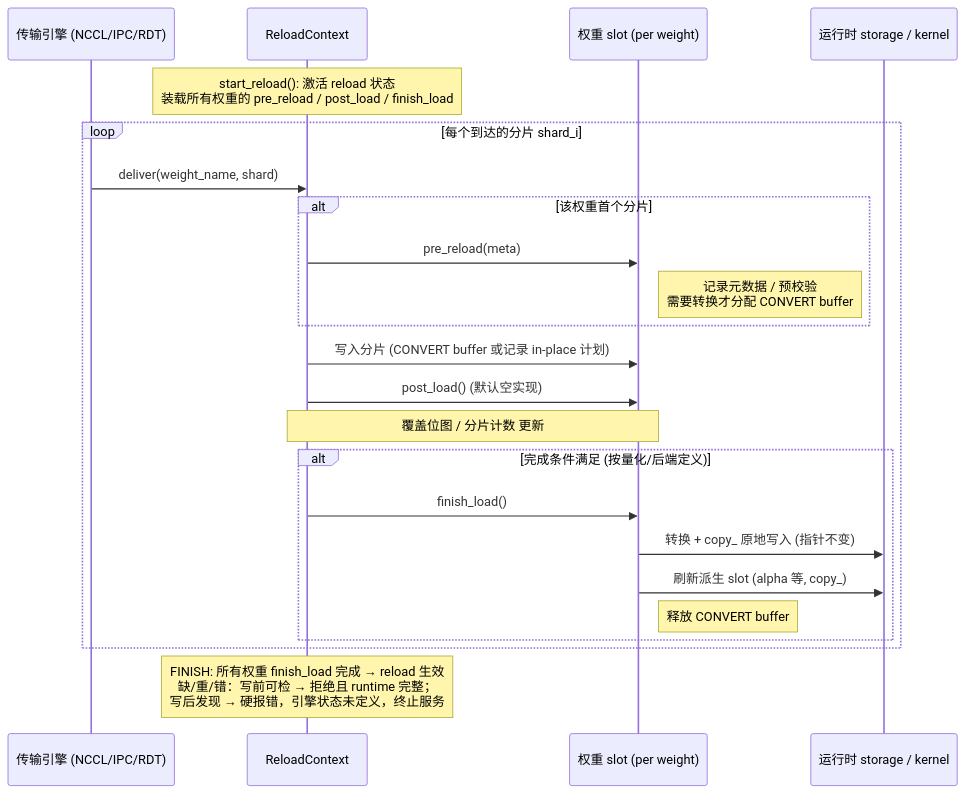
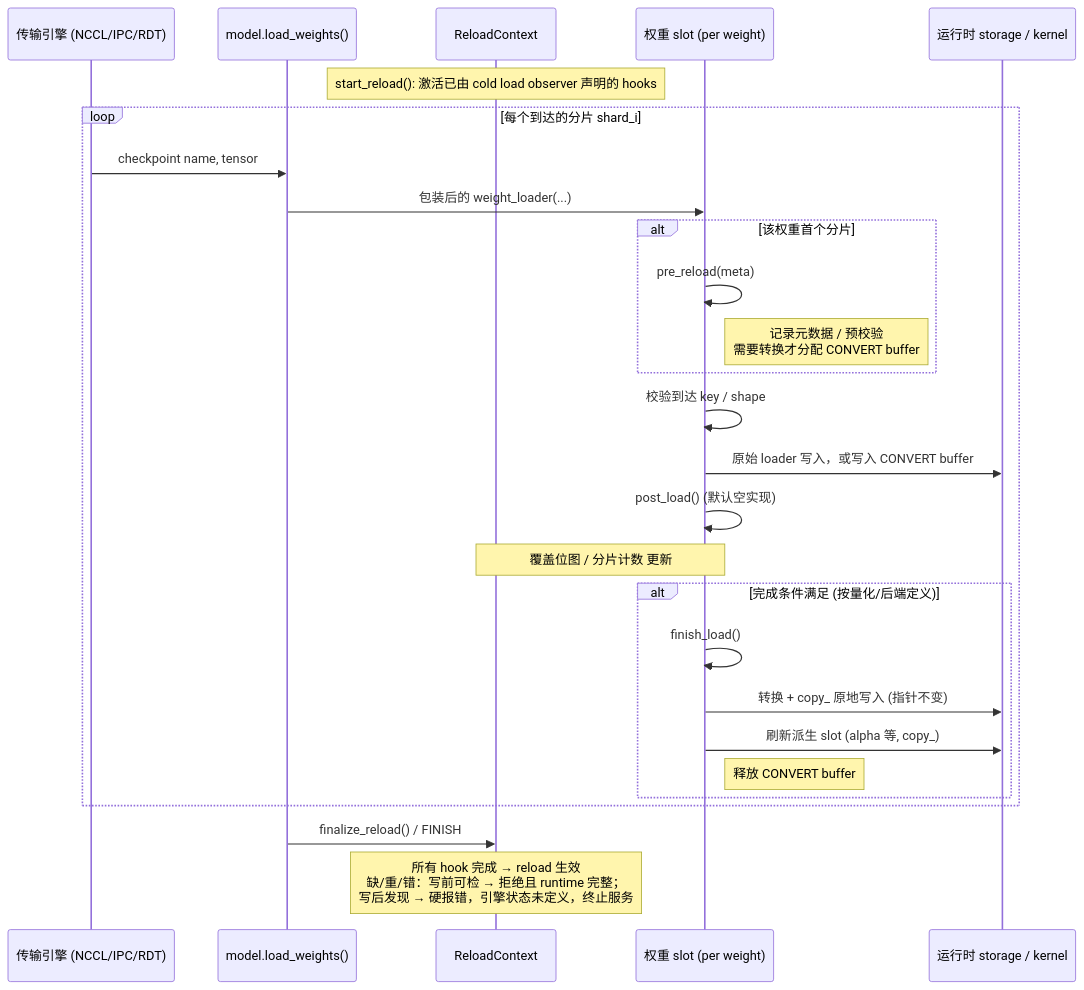
One commit to new-TonyWang/vllm changed the first of 2 diagrams in docs/design/weight-update/weight-reload-abstraction.md. Above: the diagram before and after it, drawn with Mermaid. The commit also changed other lines of this file and 11 other files, not shown here.

Commit message:
Unify reload hooks on loader observers

````diff
--- a/docs/design/weight-update/weight-reload-abstraction.md
+++ b/docs/design/weight-update/weight-reload-abstraction.md
@@ -162,26 +162,30 @@
 ```mermaid
 sequenceDiagram
     participant Engine as 传输引擎 (NCCL/IPC/RDT)
+    participant Model as model.load_weights()
     participant Ctx as ReloadContext
     participant W as 权重 slot (per weight)
     participant RT as 运行时 storage / kernel
 
-    Note over Ctx: start_reload(): 激活 reload 状态<br/>装载所有权重的 pre_reload / post_load / finish_load
+    Note over Ctx: start_reload(): 激活已由 cold load observer 声明的 hooks
     loop 每个到达的分片 shard_i
-        Engine->>Ctx: deliver(weight_name, shard)
+        Engine->>Model: checkpoint name, tensor
+        Model->>W: 包装后的 weight_loader(...)
         alt 该权重首个分片
-            Ctx->>W: pre_reload(meta)
+            W->>W: pre_reload(meta)
             Note right of W: 记录元数据 / 预校验<br/>需要转换才分配 CONVERT buffer
         end
-        Ctx->>W: 写入分片 (CONVERT buffer 或记录 in-place 计划)
-        Ctx->>W: post_load() (默认空实现)
+        W->>W: 校验到达 key / shape
+        W->>RT: 原始 loader 写入，或写入 CONVERT buffer
+        W->>W: post_load() (默认空实现)
         Note over Ctx,W: 覆盖位图 / 分片计数 更新
         alt 完成条件满足 (按量化/后端定义)
-            Ctx->>W: finish_load()
+            W->>W: finish_load()
             W->>RT: 转换 + copy_ 原地写入 (指针不变)
             W->>RT: 刷新派生 slot (alpha 等, copy_)
             Note right of W: 释放 CONVERT buffer
         end
     end
-    Note over Ctx: FINISH: 所有权重 finish_load 完成 → reload 生效<br/>缺/重/错：写前可检 → 拒绝且 runtime 完整；<br/>写后发现 → 硬报错，引擎状态未定义，终止服务
+    Model->>Ctx: finalize_reload() / FINISH
+    Note over Ctx: 所有 hook 完成 → reload 生效<br/>缺/重/错：写前可检 → 拒绝且 runtime 完整；<br/>写后发现 → 硬报错，引擎状态未定义，终止服务
 ```
````
